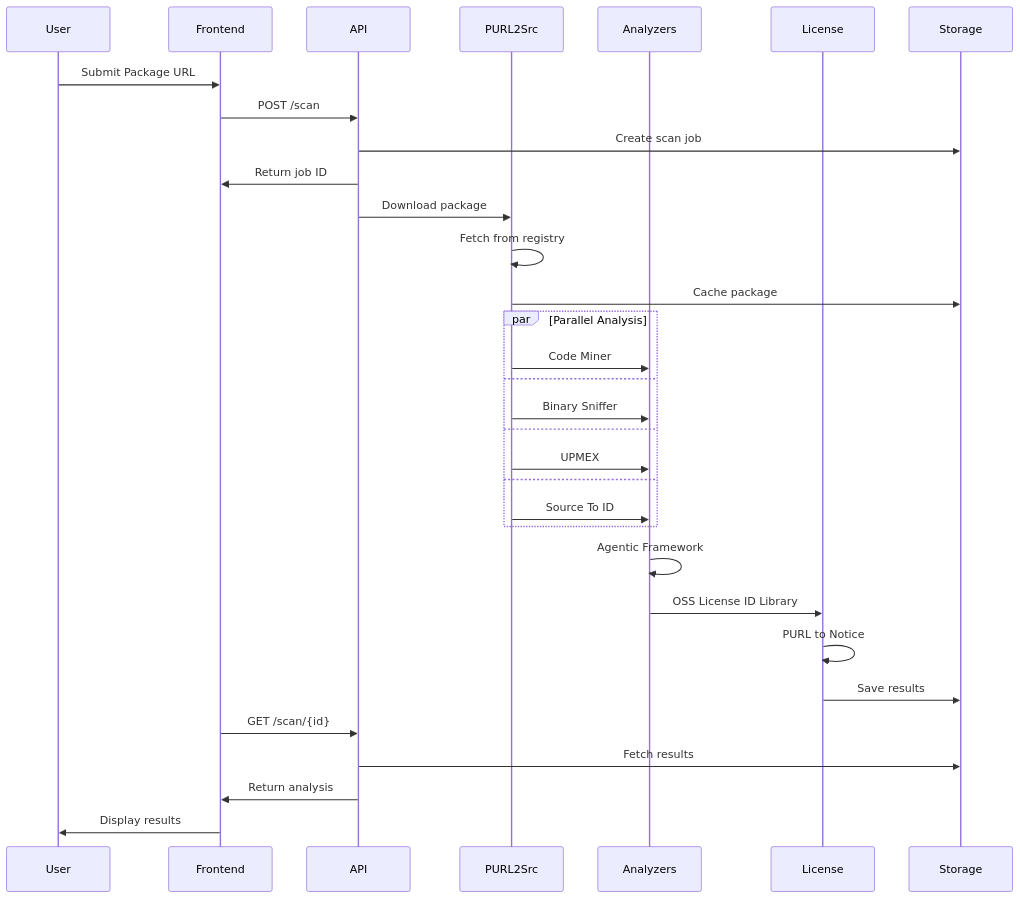
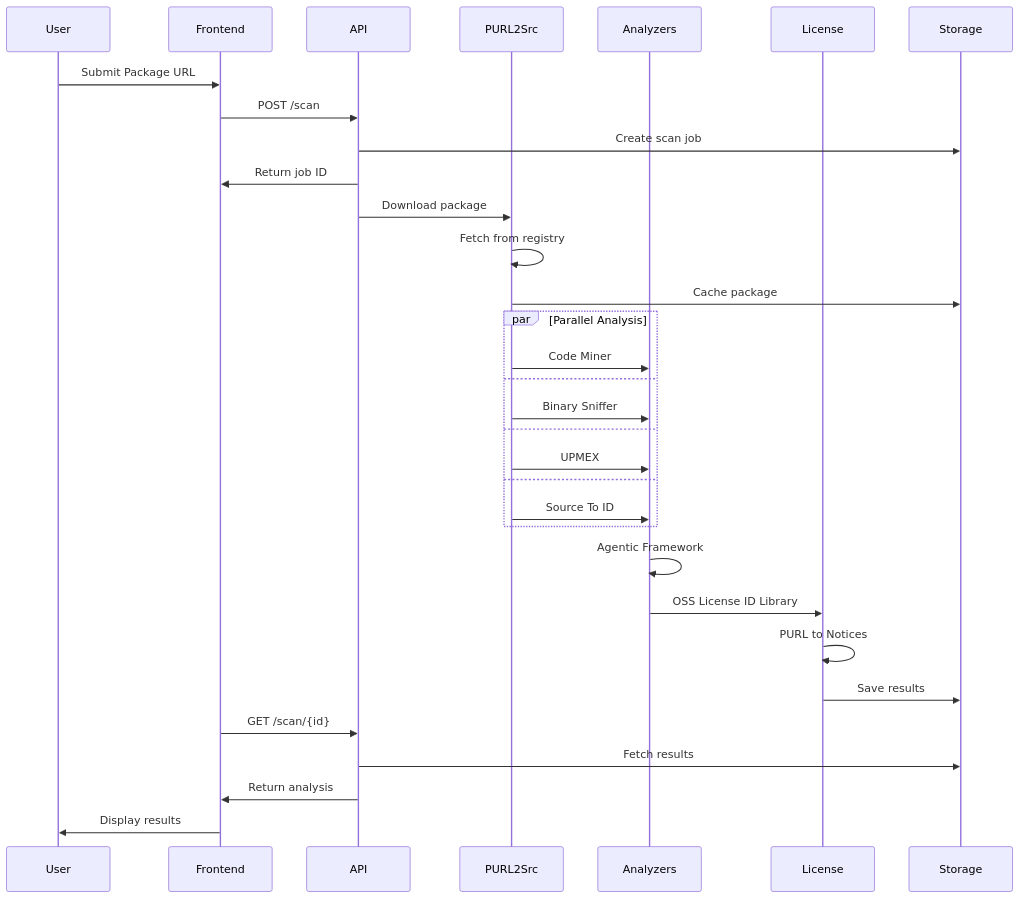
The second of 4 diagrams in capability-map.md (SemClone/semcl.one), drawn with Mermaid before and after one commit. The commit also changed other lines of this file and 4 other files, not shown here.

First line of the commit message:
Update PURL to Notices component references

````diff
--- a/capability-map.md
+++ b/capability-map.md
@@ -77,39 +77,39 @@
 ```mermaid
 sequenceDiagram
     participant User
     participant Frontend
     participant API
     participant PURL2Src
     participant Analyzers
     participant License
     participant Storage
 
     User->>Frontend: Submit Package URL
     Frontend->>API: POST /scan
     API->>Storage: Create scan job
     API->>Frontend: Return job ID
     
     API->>PURL2Src: Download package
     PURL2Src->>PURL2Src: Fetch from registry
     PURL2Src->>Storage: Cache package
     
     par Parallel Analysis
         PURL2Src->>Analyzers: Code Miner
         and
         PURL2Src->>Analyzers: Binary Sniffer
         and
         PURL2Src->>Analyzers: UPMEX
         and
         PURL2Src->>Analyzers: Source To ID
     end
     
     Analyzers->>Analyzers: Agentic Framework
     Analyzers->>License: OSS License ID Library
-    License->>License: PURL to Notice
+    License->>License: PURL to Notices
     License->>Storage: Save results
     
     Frontend->>API: GET /scan/{id}
     API->>Storage: Fetch results
     API->>Frontend: Return analysis
     Frontend->>User: Display results
 ```
````
